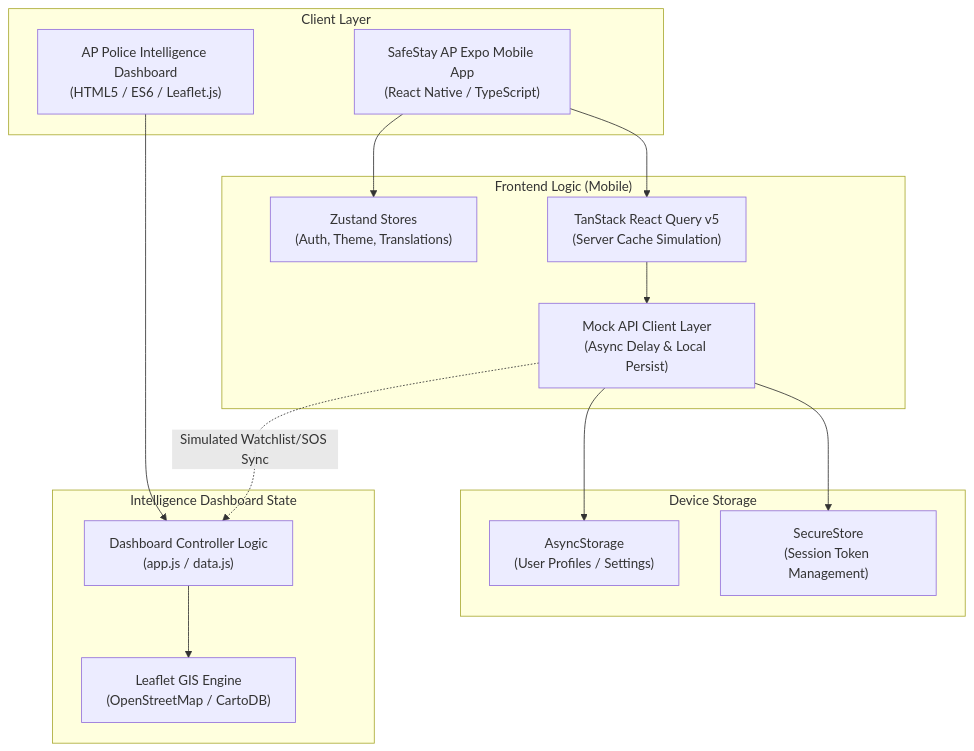
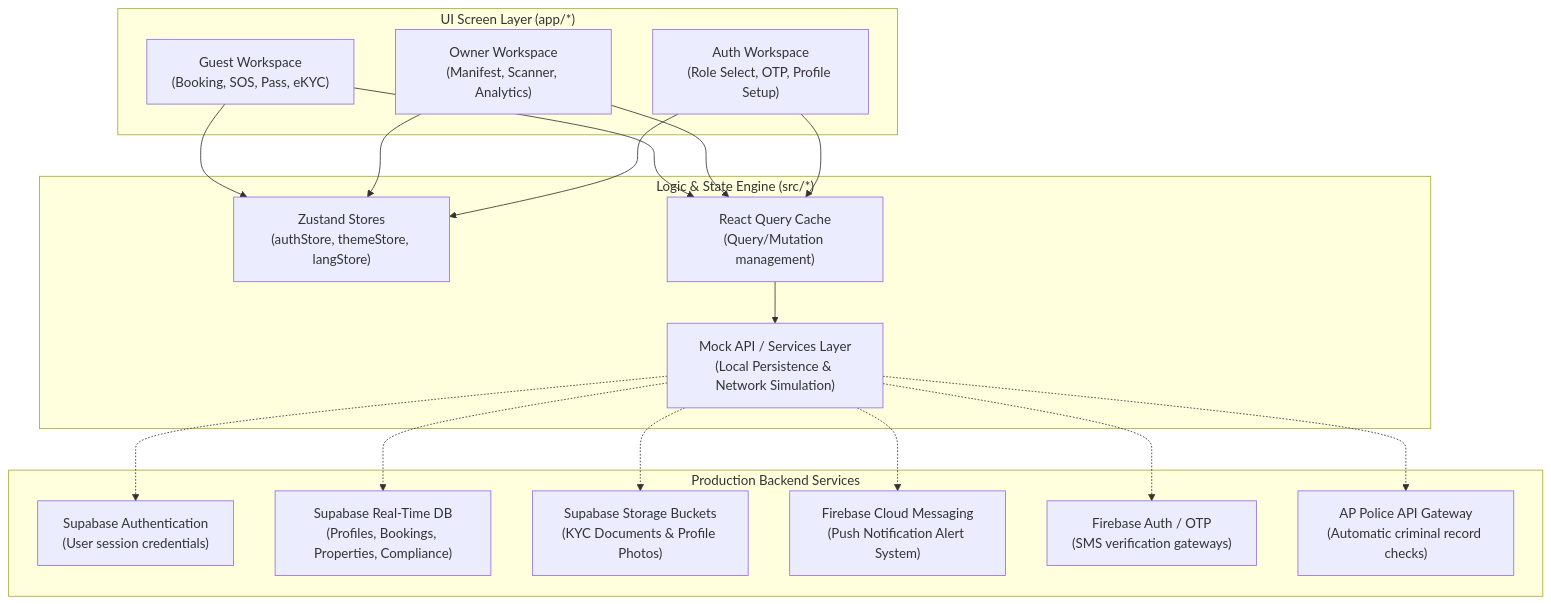
The diagram in README.md (salarkhan2003/safeStayAP), drawn with Mermaid before and after one commit. The commit also changed other lines of this file, not shown here.

````diff
--- a/README.md
+++ b/README.md
@@ -34,37 +32,38 @@
 ```mermaid
 graph TD
-    %% Define Nodes
-    subgraph Client_Applications["Client Layer"]
-        App["SafeStay AP Expo Mobile App<br>(React Native / TypeScript)"]
-        Dash["AP Police Intelligence Dashboard<br>(HTML5 / ES6 / Leaflet.js)"]
+    %% Mobile App Components
+    subgraph UI_Layer["UI Screen Layer (app/*)"]
+        GuestView["Guest Workspace<br>(Booking, SOS, Pass, eKYC)"]
+        OwnerView["Owner Workspace<br>(Manifest, Scanner, Analytics)"]
+        AuthView["Auth Workspace<br>(Role Select, OTP, Profile Setup)"]
     end
 
-    subgraph State_And_Logic["Frontend Logic (Mobile)"]
-        Store["Zustand Stores<br>(Auth, Theme, Translations)"]
-        RQuery["TanStack React Query v5<br>(Server Cache Simulation)"]
-        API["Mock API Client Layer<br>(Async Delay & Local Persist)"]
+    subgraph Logic_Layer["Logic & State Engine (src/*)"]
+        Store["Zustand Stores<br>(authStore, themeStore, langStore)"]
+        Cache["React Query Cache<br>(Query/Mutation management)"]
+        API["Mock API / Services Layer<br>(Local Persistence & Network Simulation)"]
     end
 
-    subgraph Local_Storage["Device Storage"]
-        AStorage["AsyncStorage<br>(User Profiles / Settings)"]
-        SStore["SecureStore<br>(Session Token Management)"]
+    %% External Backends
+    subgraph Backend_Services["Production Backend Services"]
+        SupaAuth["Supabase Authentication<br>(User session credentials)"]
+        SupaDB["Supabase Real-Time DB<br>(Profiles, Bookings, Properties, Compliance)"]
+        SupaStore["Supabase Storage Buckets<br>(KYC Documents & Profile Photos)"]
+        FCM["Firebase Cloud Messaging<br>(Push Notification Alert System)"]
+        FireAuth["Firebase Auth / OTP<br>(SMS verification gateways)"]
+        PoliceApi["AP Police API Gateway<br>(Automatic criminal record checks)"]
     end
 
-    subgraph Police_Command_State["Intelligence Dashboard State"]
-        PState["Dashboard Controller Logic<br>(app.js / data.js)"]
-        MapEngine["Leaflet GIS Engine<br>(OpenStreetMap / CartoDB)"]
-    end
+    %% Flows
+    GuestView & OwnerView & AuthView --> Store
+    GuestView & OwnerView & AuthView --> Cache
+    Cache --> API
 
-    %% Define Relationships
-    App --> Store
-    App --> RQuery
-    RQuery --> API
-    API --> AStorage
-    API --> SStore
-    
-    Dash --> PState
-    PState --> MapEngine
-    
-    %% Simulated network sync
-    API -. "Simulated Watchlist/SOS Sync" .-> PState
+    %% Backend links
+    API -.-> SupaAuth
+    API -.-> SupaDB
+    API -.-> SupaStore
+    API -.-> FCM
+    API -.-> FireAuth
+    API -.-> PoliceApi
 ```
````
